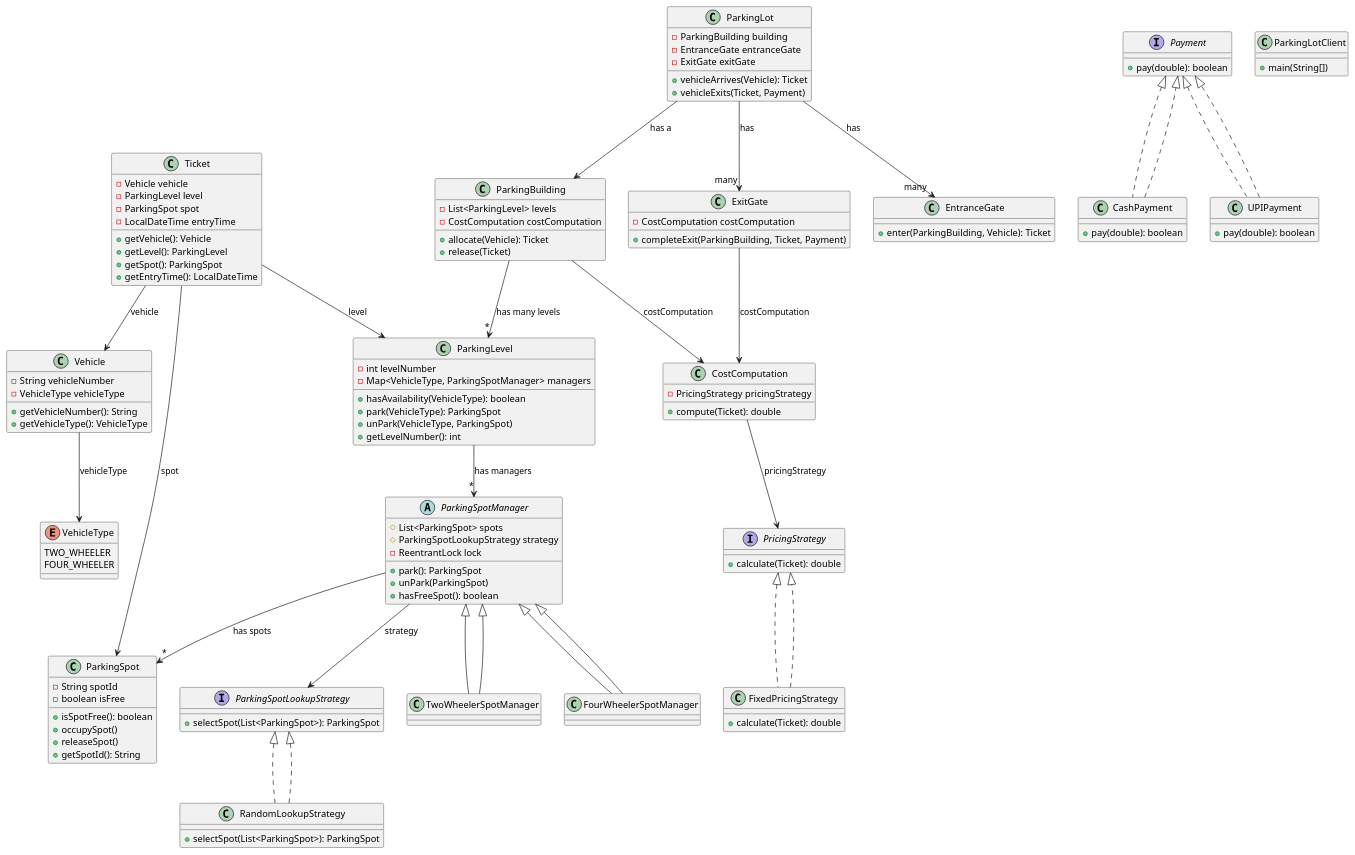
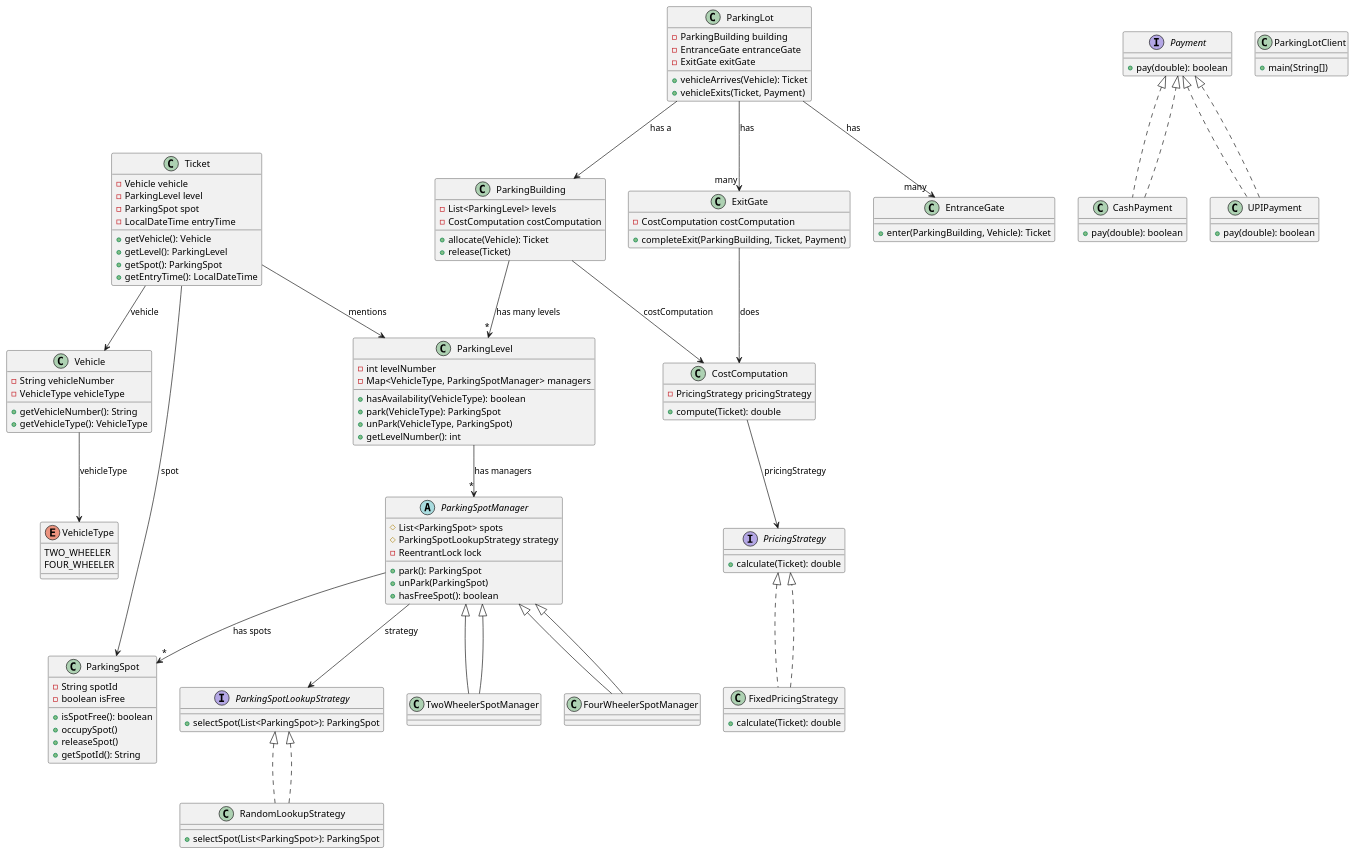
Before and after one commit to ashu-pixel/lld-notes: the diagram in src/main/java/com/lld/interviewquestions/parking_lot/LLD.puml, drawn with PlantUML. The commit also changed 7 other files, not shown here.

```diff
--- a/src/main/java/com/lld/interviewquestions/parking_lot/LLD.puml
+++ b/src/main/java/com/lld/interviewquestions/parking_lot/LLD.puml
@@ -1,153 +1,153 @@
 @startuml Parking Lot System
 
 class ParkingLot {
     - ParkingBuilding building
     - EntranceGate entranceGate
     - ExitGate exitGate
     + vehicleArrives(Vehicle): Ticket
     + vehicleExits(Ticket, Payment)
 }
 
 class ParkingBuilding {
     - List<ParkingLevel> levels
     - CostComputation costComputation
     + allocate(Vehicle): Ticket
     + release(Ticket)
 }
 
 class ParkingLevel {
     - int levelNumber
     - Map<VehicleType, ParkingSpotManager> managers
     + hasAvailability(VehicleType): boolean
     + park(VehicleType): ParkingSpot
     + unPark(VehicleType, ParkingSpot)
     + getLevelNumber(): int
 }
 
 class EntranceGate {
     + enter(ParkingBuilding, Vehicle): Ticket
 }
 
 class ExitGate {
     - CostComputation costComputation
     + completeExit(ParkingBuilding, Ticket, Payment)
 }
 
 class Vehicle {
     - String vehicleNumber
     - VehicleType vehicleType
     + getVehicleNumber(): String
     + getVehicleType(): VehicleType
 }
 
 class ParkingSpot {
     - String spotId
     - boolean isFree
     + isSpotFree(): boolean
     + occupySpot()
     + releaseSpot()
     + getSpotId(): String
 }
 
 enum VehicleType {
     TWO_WHEELER
     FOUR_WHEELER
 }
 
 class Ticket {
     - Vehicle vehicle
     - ParkingLevel level
     - ParkingSpot spot
     - LocalDateTime entryTime
     + getVehicle(): Vehicle
     + getLevel(): ParkingLevel
     + getSpot(): ParkingSpot
     + getEntryTime(): LocalDateTime
 }
 
 abstract class ParkingSpotManager {
     # List<ParkingSpot> spots
     # ParkingSpotLookupStrategy strategy
     - ReentrantLock lock
     + park(): ParkingSpot
     + unPark(ParkingSpot)
     + hasFreeSpot(): boolean
 }
 
 class TwoWheelerSpotManager extends ParkingSpotManager {
 }
 
 class FourWheelerSpotManager extends ParkingSpotManager {
 }
 
 interface ParkingSpotLookupStrategy {
     + selectSpot(List<ParkingSpot>): ParkingSpot
 }
 
 class RandomLookupStrategy implements ParkingSpotLookupStrategy {
     + selectSpot(List<ParkingSpot>): ParkingSpot
 }
 
 class CostComputation {
     - PricingStrategy pricingStrategy
     + compute(Ticket): double
 }
 
 interface PricingStrategy {
     + calculate(Ticket): double
 }
 
 class FixedPricingStrategy implements PricingStrategy {
     + calculate(Ticket): double
 }
 
 interface Payment {
     + pay(double): boolean
 }
 
 class CashPayment implements Payment {
     + pay(double): boolean
 }
 
 class UPIPayment implements Payment {
     + pay(double): boolean
 }
 
 class ParkingLotClient {
     + main(String[])
 }
 
 ' Relationships
 ParkingLot --> ParkingBuilding : has a
 ParkingLot --> "many" EntranceGate : has
 ParkingLot --> "many" ExitGate : has
 
 ParkingBuilding --> "*" ParkingLevel : has many levels
 ParkingBuilding --> CostComputation : costComputation
 
 ParkingLevel --> "*" ParkingSpotManager : has managers
 
 ParkingSpotManager --> "*" ParkingSpot : has spots
 ParkingSpotManager --> ParkingSpotLookupStrategy : strategy
 
 TwoWheelerSpotManager --|> ParkingSpotManager
 FourWheelerSpotManager --|> ParkingSpotManager
 
 RandomLookupStrategy ..|> ParkingSpotLookupStrategy
 
-ExitGate --> CostComputation : costComputation
+ExitGate --> CostComputation : does
 
 CostComputation --> PricingStrategy : pricingStrategy
 
 FixedPricingStrategy ..|> PricingStrategy
 
 CashPayment ..|> Payment
 UPIPayment ..|> Payment
 
 Ticket --> Vehicle : vehicle
-Ticket --> ParkingLevel : level
+Ticket --> ParkingLevel : mentions
 Ticket --> ParkingSpot : spot
 
 Vehicle --> VehicleType : vehicleType
 
 @enduml
```
